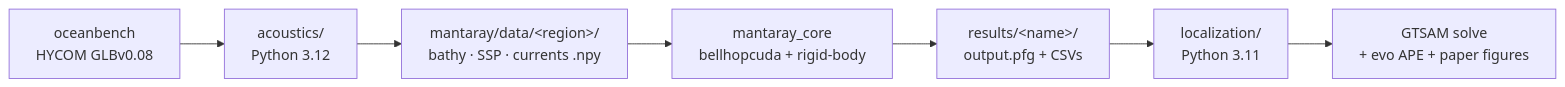
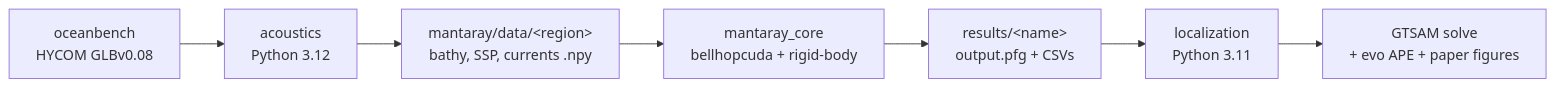
The diagram in pymantaray/README.md (UMich-RobotExploration/manta-ray), drawn with Mermaid before and after one commit. The commit also changed 2 other files, not shown here.

Commit message:
Updating citations and links

````diff
--- a/pymantaray/README.md
+++ b/pymantaray/README.md
@@ -20,9 +20,9 @@
 ```mermaid
 flowchart LR
-    A[oceanbench<br/>HYCOM GLBv0.08] --> B[acoustics/<br/>Python 3.12]
-    B --> C[mantaray/data/&lt;region&gt;/<br/>bathy · SSP · currents .npy]
+    A[oceanbench<br/>HYCOM GLBv0.08] --> B[acoustics<br/>Python 3.12]
+    B --> C[mantaray/data/&lt;region&gt;<br/>bathy, SSP, currents .npy]
     C --> D[mantaray_core<br/>bellhopcuda + rigid-body]
-    D --> E[results/&lt;name&gt;/<br/>output.pfg + CSVs]
-    E --> F[localization/<br/>Python 3.11]
+    D --> E[results/&lt;name&gt;<br/>output.pfg + CSVs]
+    E --> F[localization<br/>Python 3.11]
     F --> G[GTSAM solve<br/>+ evo APE + paper figures]
 ```
````
